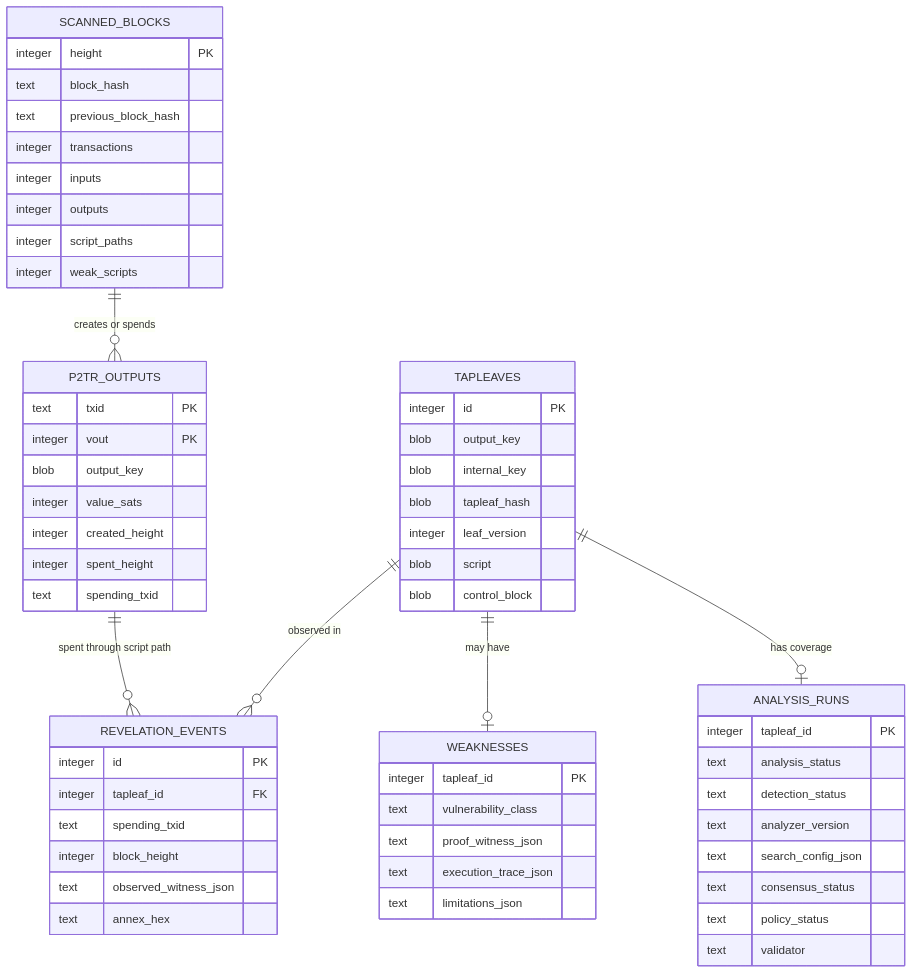
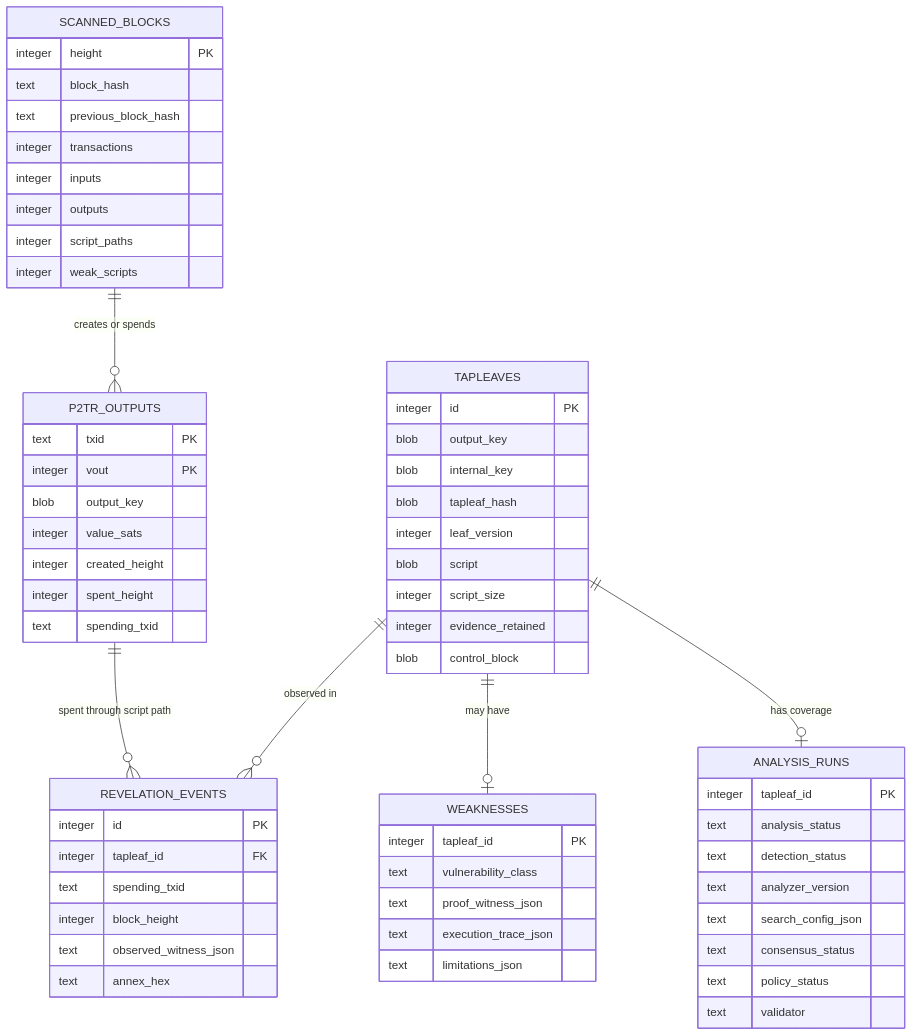
Before and after one commit to smallyunet/tapscript_weak_finder: the second of 2 diagrams in docs/architecture.md, drawn with Mermaid. The commit also changed other lines of this file and 9 other files, not shown here.

````diff
--- a/docs/architecture.md
+++ b/docs/architecture.md
@@ -202,67 +202,69 @@
 ```mermaid
 erDiagram
     SCANNED_BLOCKS ||--o{ P2TR_OUTPUTS : "creates or spends"
     P2TR_OUTPUTS ||--o{ REVELATION_EVENTS : "spent through script path"
     TAPLEAVES ||--o{ REVELATION_EVENTS : "observed in"
     TAPLEAVES ||--o| WEAKNESSES : "may have"
     TAPLEAVES ||--o| ANALYSIS_RUNS : "has coverage"
 
     SCANNED_BLOCKS {
         integer height PK
         text block_hash
         text previous_block_hash
         integer transactions
         integer inputs
         integer outputs
         integer script_paths
         integer weak_scripts
     }
 
     P2TR_OUTPUTS {
         text txid PK
         integer vout PK
         blob output_key
         integer value_sats
         integer created_height
         integer spent_height
         text spending_txid
     }
 
     TAPLEAVES {
         integer id PK
         blob output_key
         blob internal_key
         blob tapleaf_hash
         integer leaf_version
         blob script
+        integer script_size
+        integer evidence_retained
         blob control_block
     }
 
     REVELATION_EVENTS {
         integer id PK
         integer tapleaf_id FK
         text spending_txid
         integer block_height
         text observed_witness_json
         text annex_hex
     }
 
     WEAKNESSES {
         integer tapleaf_id PK
         text vulnerability_class
         text proof_witness_json
         text execution_trace_json
         text limitations_json
     }
 
     ANALYSIS_RUNS {
         integer tapleaf_id PK
         text analysis_status
         text detection_status
         text analyzer_version
         text search_config_json
         text consensus_status
         text policy_status
         text validator
     }
 ```
````
